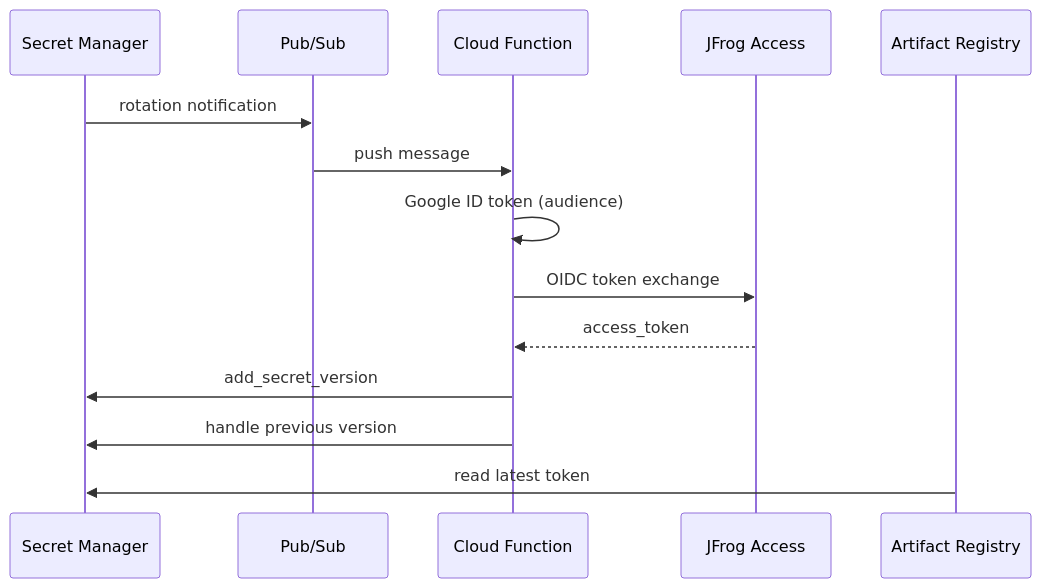
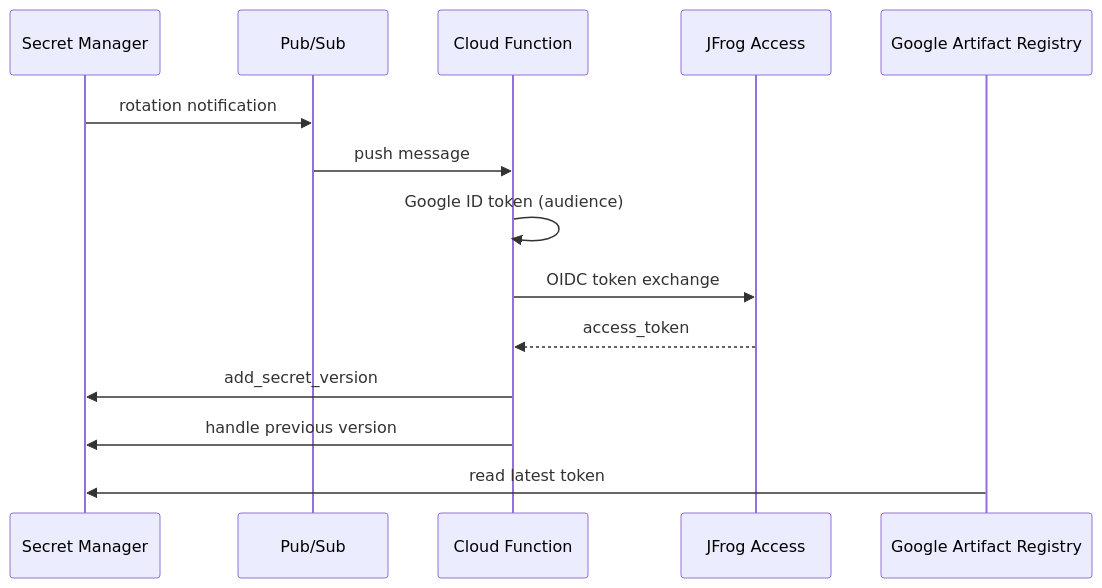
One commit to jfrog/jfrog-secret-rotator-gcp changed the diagram in README.md. Above: the diagram before and after it, drawn with Mermaid. The commit also changed other lines of this file and 5 other files, not shown here.

````diff
--- a/README.md
+++ b/README.md
@@ -41,17 +45,17 @@
 ```mermaid
 sequenceDiagram
   participant SM as Secret Manager
   participant PS as Pub/Sub
   participant CF as Cloud Function
   participant JF as JFrog Access
-  participant GAR as Artifact Registry
+  participant AR as Google Artifact Registry
 
   SM->>PS: rotation notification
   PS->>CF: push message
   CF->>CF: Google ID token (audience)
   CF->>JF: OIDC token exchange
   JF-->>CF: access_token
   CF->>SM: add_secret_version
   CF->>SM: handle previous version
-  GAR->>SM: read latest token
+  AR->>SM: read latest token
 ```
````
